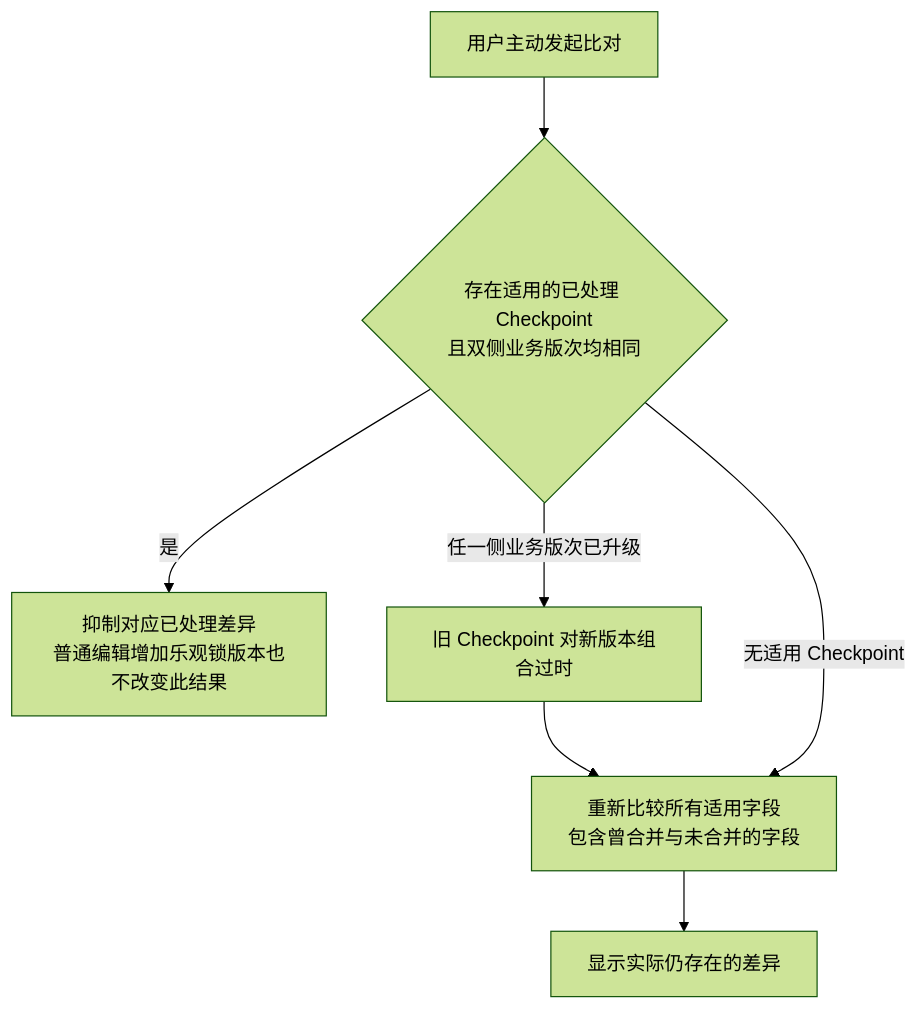
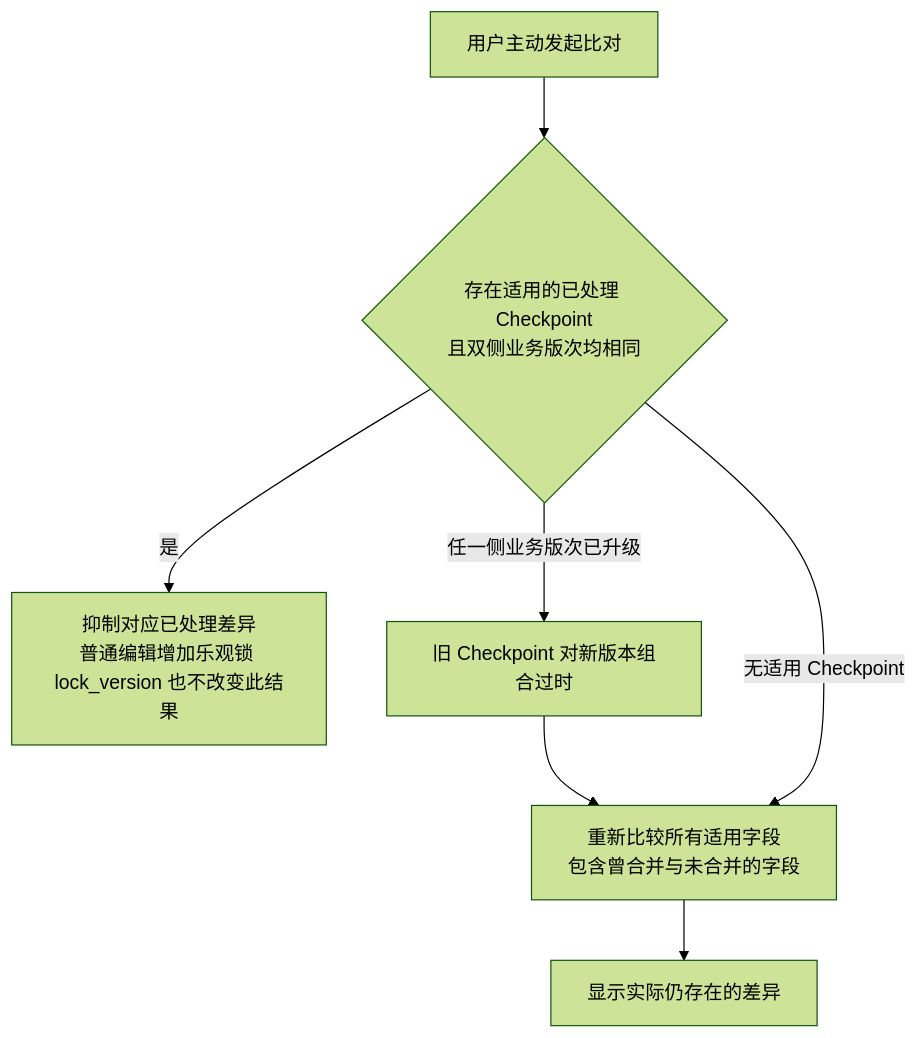
One commit to Greytrack/ddd-workingset changed the third of 4 diagrams in docs/working-set/diagrams/collaboration-behavior.md. Above: the diagram before and after it, drawn with Mermaid (forest theme). The commit also changed other lines of this file and 34 other files, not shown here.

First line of the commit message:
refactor(工作集) 分离乐观锁 `lock_version` 与发布大版本 `version`

````diff
--- a/docs/working-set/diagrams/collaboration-behavior.md
+++ b/docs/working-set/diagrams/collaboration-behavior.md
@@ -64,9 +64,9 @@
 ```mermaid
 flowchart TD
     Start["用户主动发起比对"] --> Match{"存在适用的已处理 Checkpoint<br/>且双侧业务版次均相同"}
-    Match -->|"是"| Hide["抑制对应已处理差异<br/>普通编辑增加乐观锁版本也不改变此结果"]
+    Match -->|"是"| Hide["抑制对应已处理差异<br/>普通编辑增加乐观锁 lock_version 也不改变此结果"]
     Match -->|"任一侧业务版次已升级"| Expired["旧 Checkpoint 对新版本组合过时"]
     Expired --> Compare["重新比较所有适用字段<br/>包含曾合并与未合并的字段"]
     Match -->|"无适用 Checkpoint"| Compare
     Compare --> Result["显示实际仍存在的差异"]
 ```
````
